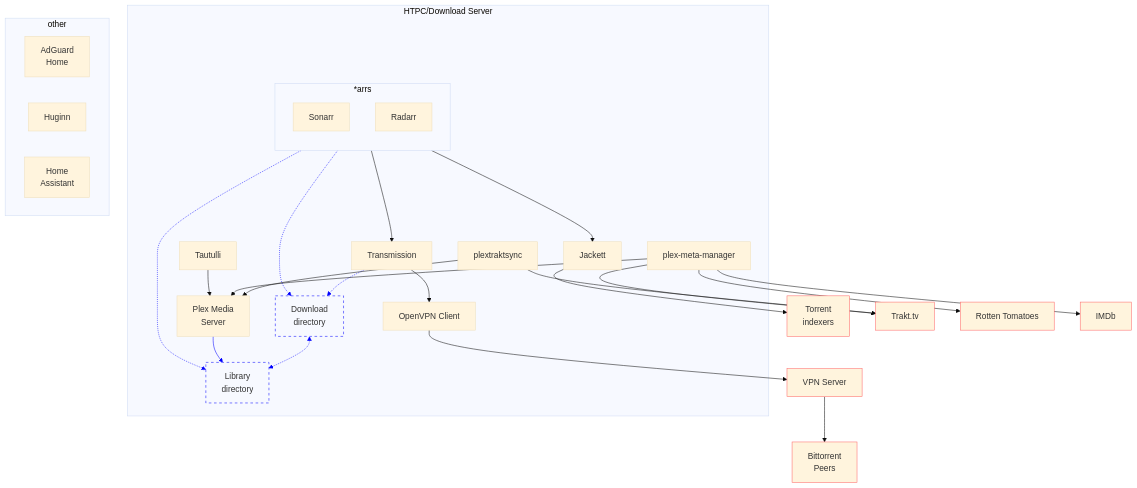
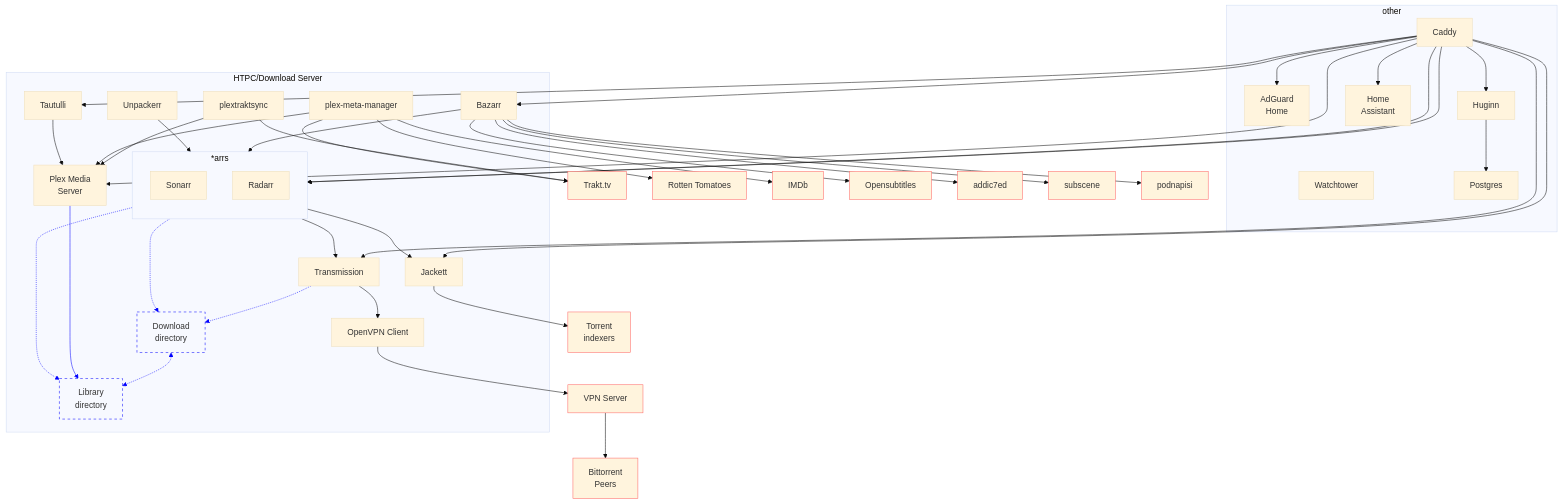
Before and after one commit to martinbjeldbak/self-hosted: the diagram in README.md, drawn with Mermaid (base theme).

Commit message:
Finish initial rough draft of docker-compose file

````diff
--- a/README.md
+++ b/README.md
@@ -6,41 +6,63 @@
 ```mermaid
 flowchart TB
     subgraph HTPC/Download Server
     subgraph *arrs
     direction TB
     S[Sonarr]
     R[Radarr]
     end
     *arrs-->J
 
-    *arrs-->G[Transmission]
-    G-->O[OpenVPN Client]
-    G-.->D[Download\ndirectory]
+    *arrs-->TM[Transmission]
+    TM-->O[OpenVPN Client]
+    TM-.->D[Download\ndirectory]
     D<-.->L[Library\ndirectory]
     P[Plex Media\nServer]-->L
     *arrs-.-> L & D
     PTS[plextraktsync]-->P
     PMM[plex-meta-manager]-->P
     TAUT[Tautulli]-->P
+    BARR[Bazarr]-->*arrs
+    U[Unpackerr]-->*arrs
     end
 
     J[Jackett]-->T[Torrent\nindexers]
     O-->V[VPN Server]
     V-->B[Bittorrent\nPeers]
     PTS-->TR[Trakt.tv]
     PMM-->TR
     PMM-->RT[Rotten Tomatoes]
     PMM-->IMDB[IMDb]
+    BARR-->OS[Opensubtitles]
+    BARR-->addic7ed
+    BARR-->subscene
+    BARR-->podnapisi
 
     subgraph other
-    A[AdGuard\nHome]
+    AH[AdGuard\nHome]
     H[Huginn]
     HA[Home\nAssistant]
+    C[Caddy]
+    W[Watchtower]
+    PG[Postgres]
+
+    H-->PG
     end
+
+    C-->AH
+    C-->HA
+    C-->P
+    C-->J
+    C-->R
+    C-->S
+    C-->TM
+    C-->BARR
+    C-->H
+    C-->TAUT
 
     linkStyle 3,4,5,6,7 stroke:blue;
     classDef internet stroke:#f66;
     classDef folder stroke:blue,fill:none,stroke-dasharray: 5 5;
     class L,D folder
-    class T,V,B,TR,RT,IMDB internet
+    class T,V,B,TR,RT,IMDB,OS,addic7ed,subscene,podnapisi internet
 ```
````
